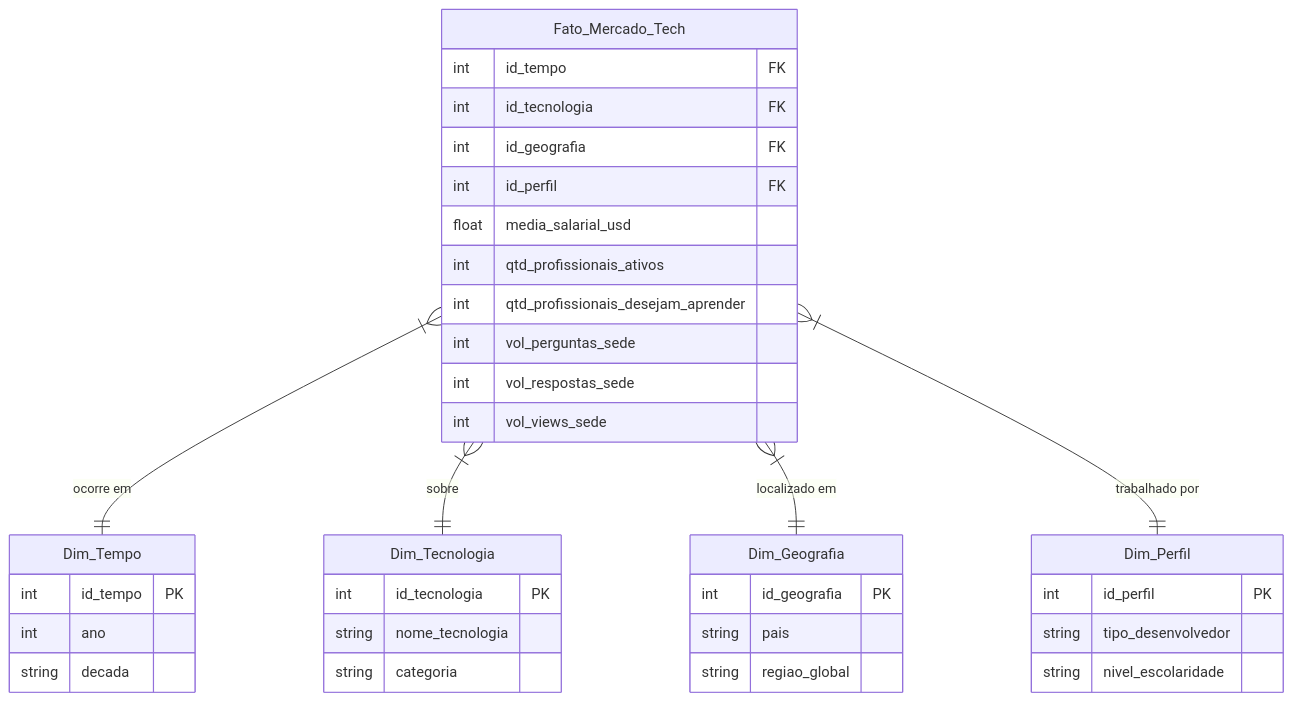
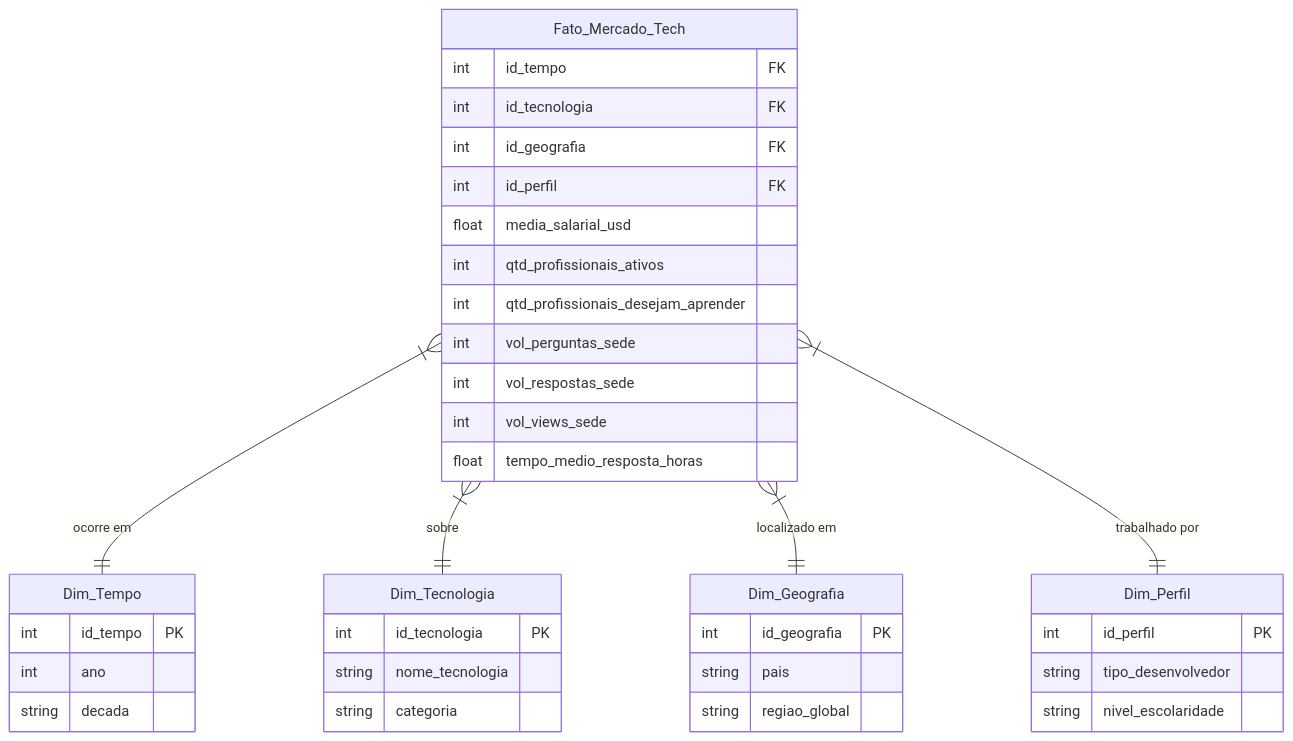
One commit to StephanoScaramussa/TestHytaleServer changed the first of 2 diagrams in README.md. Above: the diagram before and after it, drawn with Mermaid.

````diff
--- a/README.md
+++ b/README.md
@@ -122,45 +122,46 @@
 ```mermaid
 erDiagram
     Fato_Mercado_Tech {
         int id_tempo FK
         int id_tecnologia FK
         int id_geografia FK
         int id_perfil FK
         float media_salarial_usd
         int qtd_profissionais_ativos
         int qtd_profissionais_desejam_aprender
         int vol_perguntas_sede
         int vol_respostas_sede
         int vol_views_sede
+        float tempo_medio_resposta_horas
     }
     
     Dim_Tempo {
         int id_tempo PK
         int ano
         string decada
     }
     
     Dim_Tecnologia {
         int id_tecnologia PK
         string nome_tecnologia
         string categoria
     }
     
     Dim_Geografia {
         int id_geografia PK
         string pais
         string regiao_global
     }
     
     Dim_Perfil {
         int id_perfil PK
         string tipo_desenvolvedor
         string nivel_escolaridade
     }
 
     Fato_Mercado_Tech }|--|| Dim_Tempo : "ocorre em"
     Fato_Mercado_Tech }|--|| Dim_Tecnologia : "sobre"
     Fato_Mercado_Tech }|--|| Dim_Geografia : "localizado em"
     Fato_Mercado_Tech }|--|| Dim_Perfil : "trabalhado por"
 
 ```
````
